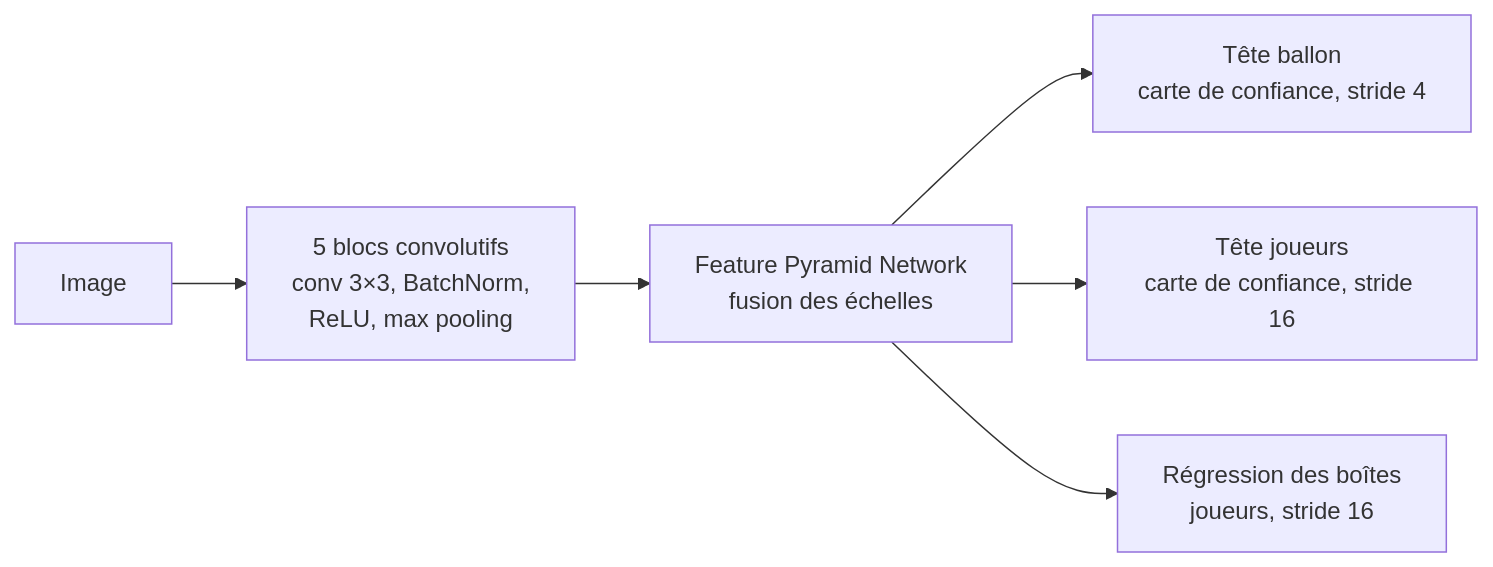
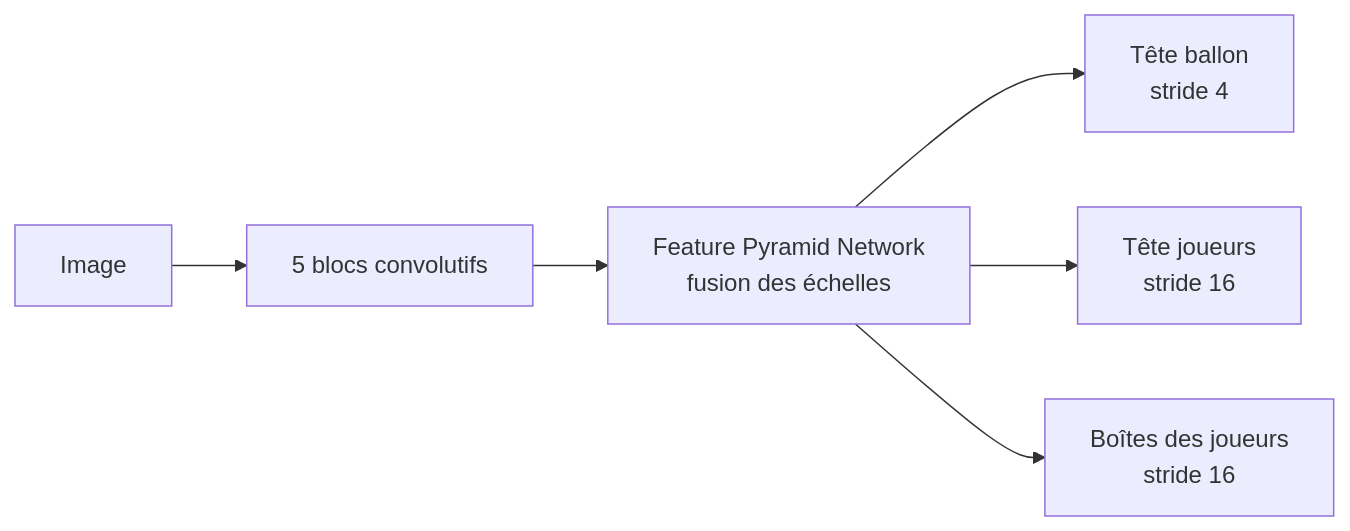
One commit to titouanfleurent-png/deep-learning-images changed the second of 2 diagrams in README.md. Above: the diagram before and after it, drawn with Mermaid. The commit also changed other lines of this file and 18 other files, not shown here.

````diff
--- a/README.md
+++ b/README.md
@@ -99,8 +126,8 @@
 ```mermaid
 flowchart LR
-    A[Image] --> B[5 blocs convolutifs<br/>conv 3×3, BatchNorm,<br/>ReLU, max pooling]
+    A[Image] --> B[5 blocs convolutifs]
     B --> C[Feature Pyramid Network<br/>fusion des échelles]
-    C --> D[Tête ballon<br/>carte de confiance, stride 4]
-    C --> E[Tête joueurs<br/>carte de confiance, stride 16]
-    C --> F[Régression des boîtes<br/>joueurs, stride 16]
+    C --> D[Tête ballon<br/>stride 4]
+    C --> E[Tête joueurs<br/>stride 16]
+    C --> F[Boîtes des joueurs<br/>stride 16]
 ```
````
